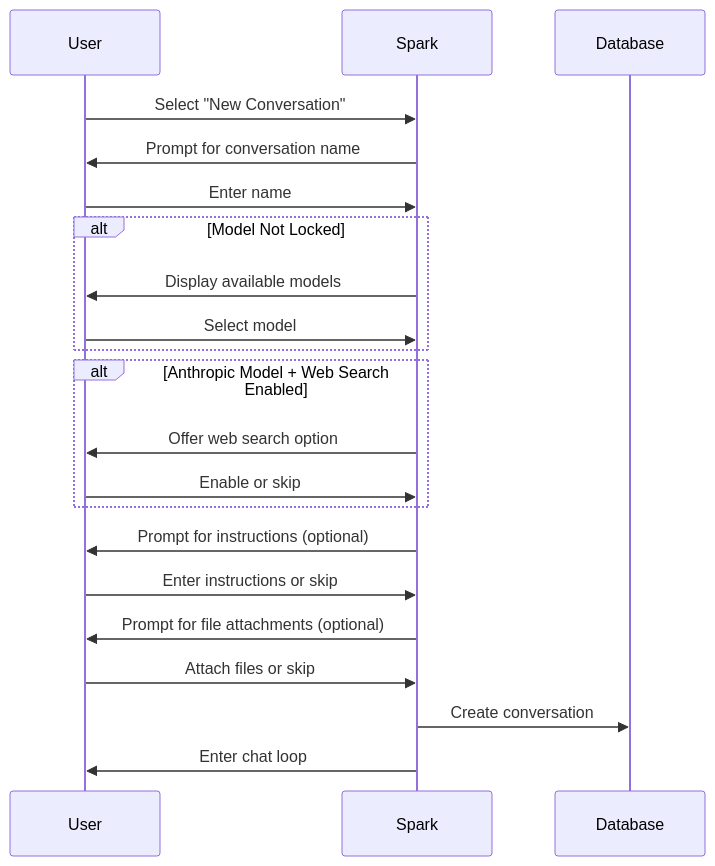
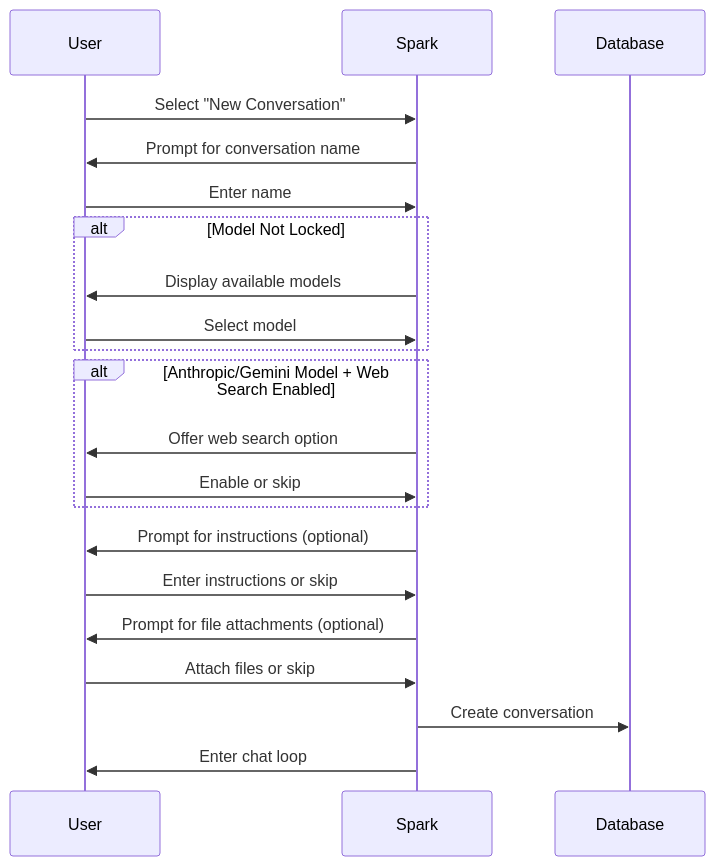
The diagram in docs/cli-reference.md (Digital-Thought/dtSpark), drawn with Mermaid before and after one commit. The commit also changed other lines of this file and 17 other files, not shown here.

First line of the commit message:
Add Google Gemini LLM provider with web search grounding

````diff
--- a/docs/cli-reference.md
+++ b/docs/cli-reference.md
@@ -75,29 +75,29 @@
 ```mermaid
 sequenceDiagram
     participant User
     participant Spark
     participant Database
 
     User->>Spark: Select "New Conversation"
     Spark->>User: Prompt for conversation name
     User->>Spark: Enter name
 
     alt Model Not Locked
         Spark->>User: Display available models
         User->>Spark: Select model
     end
 
-    alt Anthropic Model + Web Search Enabled
+    alt Anthropic/Gemini Model + Web Search Enabled
         Spark->>User: Offer web search option
         User->>Spark: Enable or skip
     end
 
     Spark->>User: Prompt for instructions (optional)
     User->>Spark: Enter instructions or skip
 
     Spark->>User: Prompt for file attachments (optional)
     User->>Spark: Attach files or skip
 
     Spark->>Database: Create conversation
     Spark->>User: Enter chat loop
 ```
````
